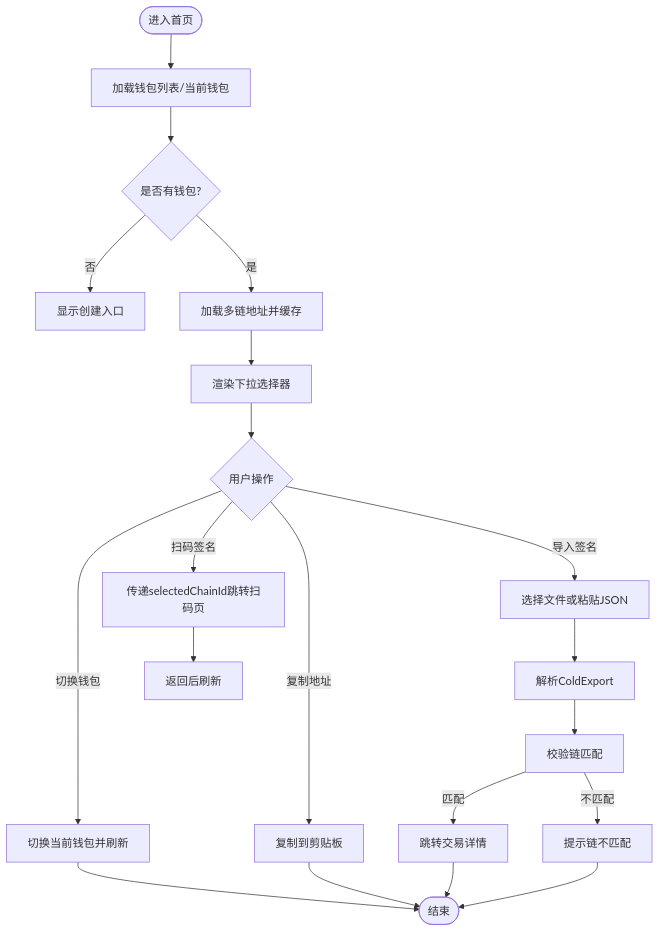
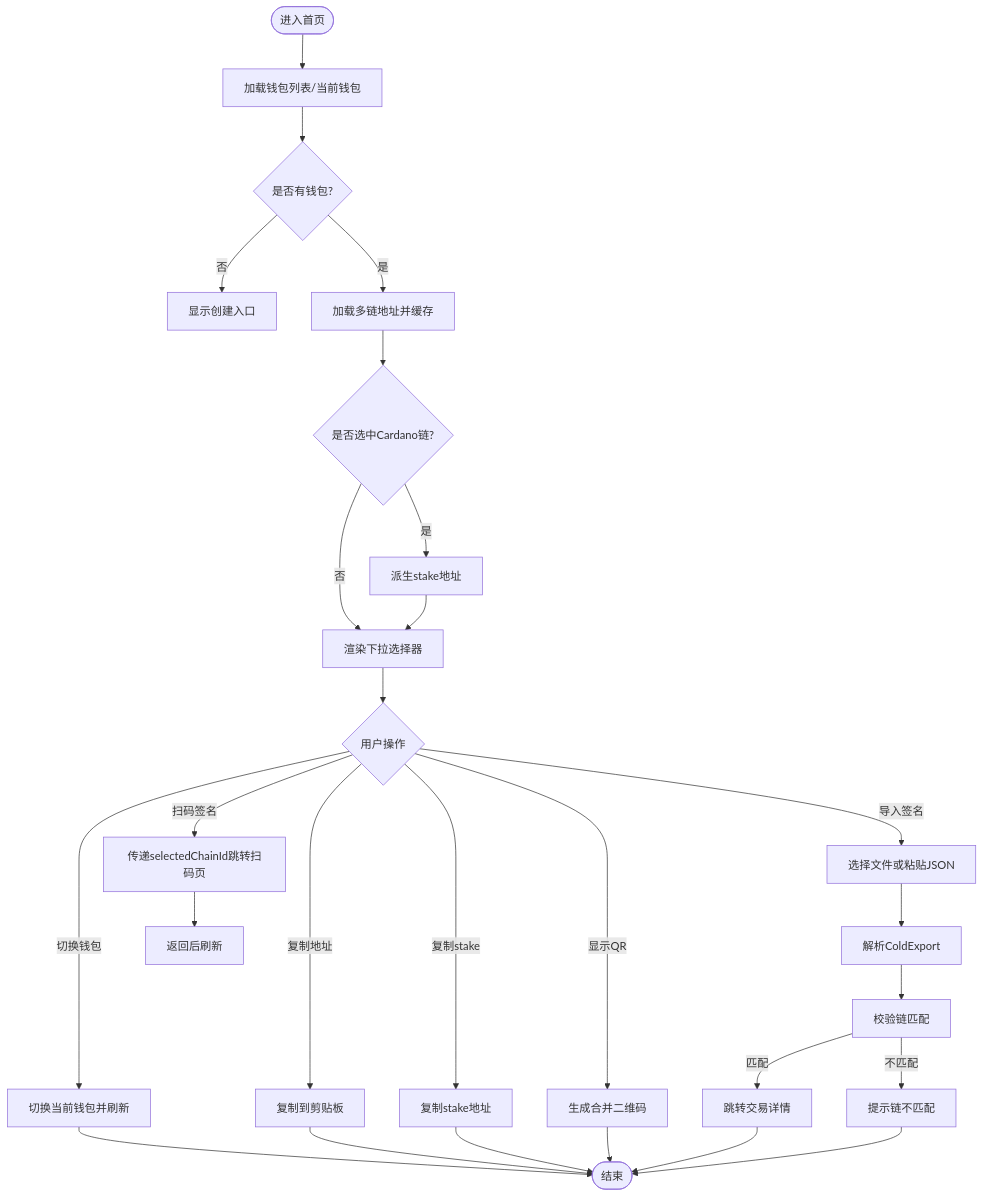
The third of 4 diagrams in .qoder/repowiki/zh/content/用户界面/冷钱包App界面/首页界面.md (EqualToEthan/stasis), drawn with Mermaid before and after one commit. The commit also changed other lines of this file and 60 other files, not shown here.

Commit message:
feat: extract coldwallet-protocol shared package and multi-chain staking support

````diff
--- a/.qoder/repowiki/zh/content/用户界面/冷钱包App界面/首页界面.md
+++ b/.qoder/repowiki/zh/content/用户界面/冷钱包App界面/首页界面.md
@@ -185,22 +201,29 @@
 ```mermaid
 flowchart TD
 Start(["进入首页"]) --> Load["加载钱包列表/当前钱包"]
 Load --> HasWallets{"是否有钱包?"}
 HasWallets -- "否" --> ShowCreate["显示创建入口"]
 HasWallets -- "是" --> MultiChain["加载多链地址并缓存"]
-MultiChain --> RenderDropdown["渲染下拉选择器"]
+MultiChain --> CheckCardano{"是否选中Cardano链?"}
+CheckCardano -- "是" --> LoadStake["派生stake地址"]
+CheckCardano -- "否" --> RenderDropdown["渲染下拉选择器"]
+LoadStake --> RenderDropdown
 RenderDropdown --> Action{"用户操作"}
 Action --> |切换钱包| Switch["切换当前钱包并刷新"]
 Action --> |复制地址| Copy["复制到剪贴板"]
+Action --> |复制stake| CopyStake["复制stake地址"]
+Action --> |显示QR| ShowQR["生成合并二维码"]
 Action --> |扫码签名| GoScan["传递selectedChainId跳转扫码页"]
 Action --> |导入签名| Import["选择文件或粘贴JSON"]
 Import --> Parse["解析ColdExport"]
 Parse --> CheckChain["校验链匹配"]
 CheckChain --> |匹配| ToDetail["跳转交易详情"]
 CheckChain --> |不匹配| Err["提示链不匹配"]
 GoScan --> ReturnHome["返回后刷新"]
 Switch --> End(["结束"])
 Copy --> End
+CopyStake --> End
+ShowQR --> End
 ToDetail --> End
 Err --> End
 ```
````
